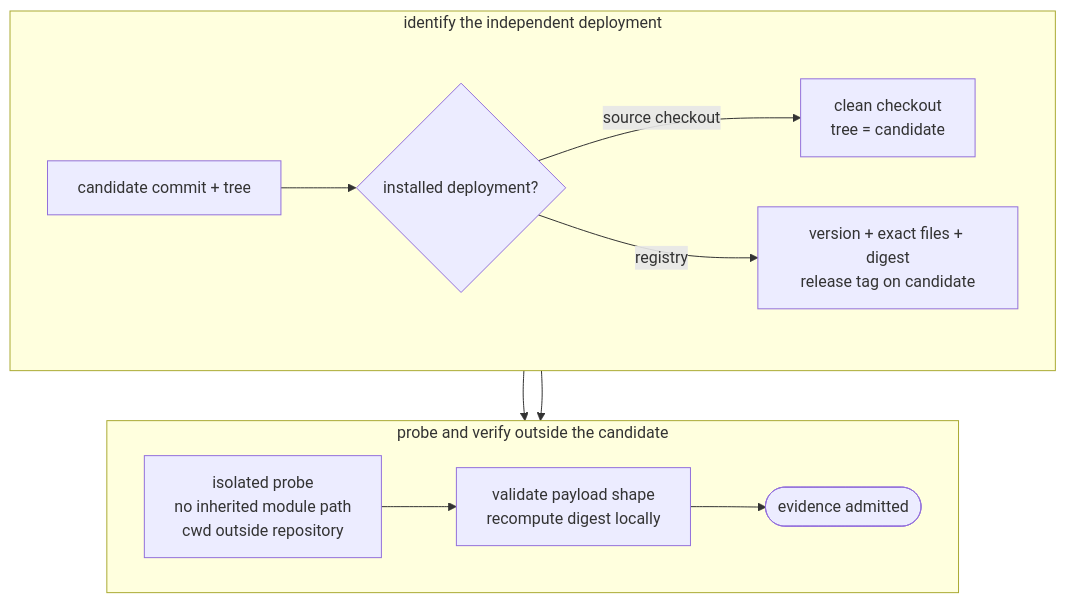
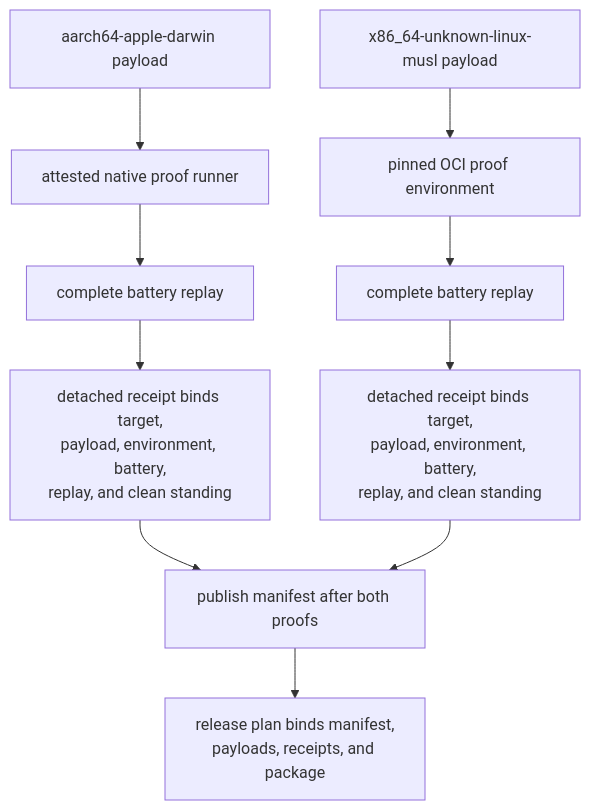
The third of 10 diagrams in docs/product/planes/distribution.md (infimalabs/spice-rust), drawn with Mermaid before and after one commit. The commit also changed other lines of this file and 71 other files, not shown here.

````diff
--- a/docs/product/planes/distribution.md
+++ b/docs/product/planes/distribution.md
@@ -102,16 +123,12 @@
 ```mermaid
 flowchart TD
-  subgraph IDENTITY["identify the independent deployment"]
-    direction LR
-    C["candidate commit + tree"] --> Q{"installed deployment?"}
-    Q -- "source checkout" --> S["clean checkout<br/>tree = candidate"]
-    Q -- registry --> R["version + exact files + digest<br/>release tag on candidate"]
-  end
-  subgraph PROOF["probe and verify outside the candidate"]
-    direction LR
-    PR["isolated probe<br/>no inherited module path<br/>cwd outside repository"] --> V["validate payload shape<br/>recompute digest locally"]
-    V --> OK(["evidence admitted"])
-  end
-  S --> PR
-  R --> PR
+  D["aarch64-apple-darwin payload"] --> DN["attested native proof runner"]
+  L["x86_64-unknown-linux-musl payload"] --> LO["pinned OCI proof environment"]
+  DN --> DR["complete battery replay"]
+  LO --> LR["complete battery replay"]
+  DR --> DE["detached receipt binds target,<br/>payload, environment, battery,<br/>replay, and clean standing"]
+  LR --> LE["detached receipt binds target,<br/>payload, environment, battery,<br/>replay, and clean standing"]
+  DE --> M["publish manifest after both proofs"]
+  LE --> M
+  M --> P["release plan binds manifest,<br/>payloads, receipts, and package"]
 ```
````
